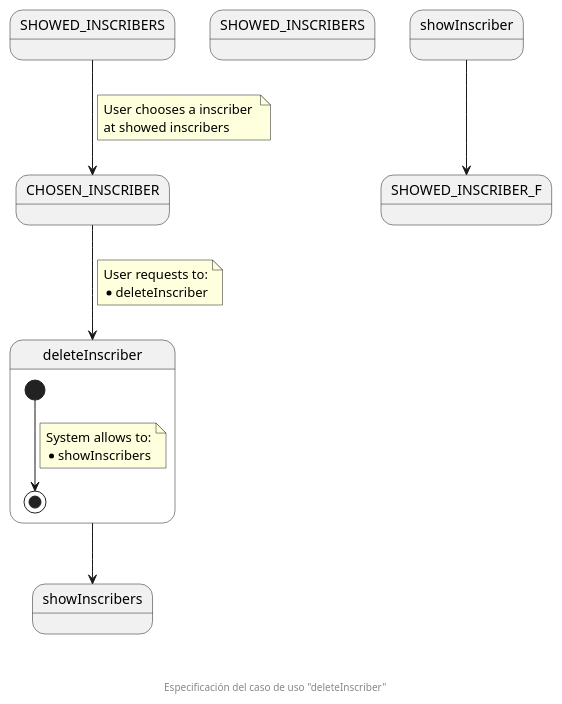
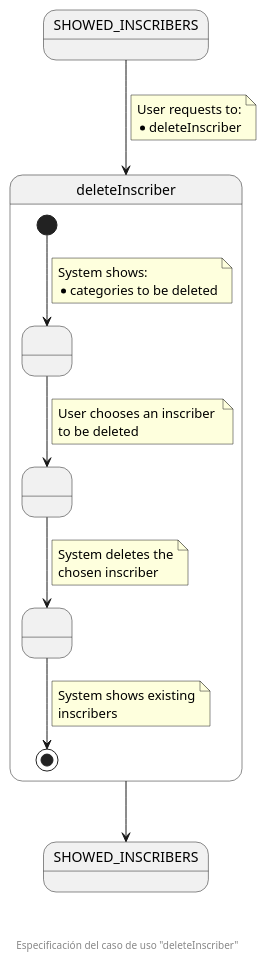
One commit to zuldare/mastercloud_pfm_halterocms changed the diagram in documentation/diagrams/1_requirements/3_useCasesSpecification/organizationSecretary/11_deleteInscriber.puml. Above: the diagram before and after it, drawn with PlantUML.

Commit message:
Improve deleteInscriber use case specification

```diff
--- a/documentation/diagrams/1_requirements/3_useCasesSpecification/organizationSecretary/11_deleteInscriber.puml
+++ b/documentation/diagrams/1_requirements/3_useCasesSpecification/organizationSecretary/11_deleteInscriber.puml
@@ -1,32 +1,45 @@
 @startuml
 state SHOWED_INSCRIBERS
-state CHOSEN_INSCRIBER
 
 state deleteInscriber {
-  [*] --> [*]
+  state " " as SHOWED_INSCRIBERS_TO_BE_DELETED
+  state " " as CHOSEN_INSCRIBER
+  state " " as INSCRIBER_DELETED
+
+  [*] --> SHOWED_INSCRIBERS_TO_BE_DELETED
   note on link
-    System allows to:
-    * showInscribers
+    System shows:
+    * categories to be deleted
+  end note
+  
+  SHOWED_INSCRIBERS_TO_BE_DELETED --> CHOSEN_INSCRIBER
+  note on link
+    User chooses an inscriber 
+    to be deleted
+  end note
+
+  CHOSEN_INSCRIBER --> INSCRIBER_DELETED
+  note on link
+    System deletes the
+    chosen inscriber
+  end note
+
+  INSCRIBER_DELETED --> [*]
+  note on link
+    System shows existing
+    inscribers
   end note
 }
 
-state showInscribers
 state "SHOWED_INSCRIBERS" as SHOWED_INSCRIBERS_F
 
-SHOWED_INSCRIBERS --> CHOSEN_INSCRIBER
-note on link
-  User chooses a inscriber 
-  at showed inscribers
-end note
-
-CHOSEN_INSCRIBER --> deleteInscriber
+SHOWED_INSCRIBERS --> deleteInscriber
 note on link
   User requests to:
   * deleteInscriber
 end note
 
-deleteInscriber --> showInscribers
-showInscriber --> SHOWED_INSCRIBER_F
+deleteInscriber --> SHOWED_INSCRIBERS_F
 
 footer \n\n\n Especificación del caso de uso "deleteInscriber"
 @enduml
```
